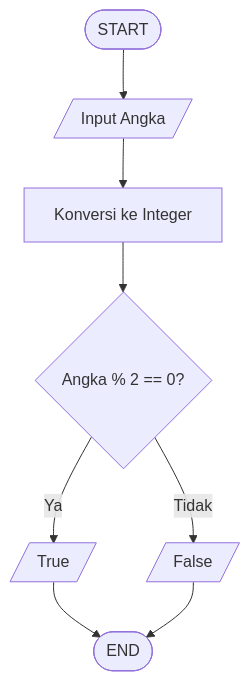
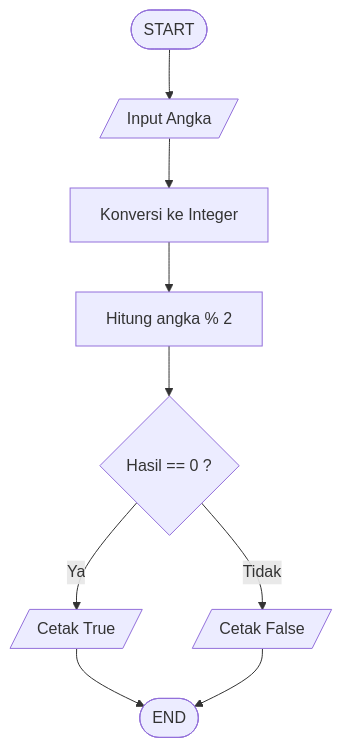
Diagram 13 of 13 in README.md (kaIhsan/Flowchart), drawn with Mermaid before and after one commit. The commit also changed other lines of this file, not shown here.

Commit message:
Add flowcharts for Python literals and operators exercises

````diff
--- a/README.md
+++ b/README.md
@@ -1,18 +225,20 @@
 ```mermaid
 flowchart TD
     A([START])
     B[/Input Angka/]
     C[Konversi ke Integer]
-    D{Angka % 2 == 0?}
-    E[/True/]
-    F[/False/]
-    G([END])
+    D[Hitung angka % 2]
+    E{Hasil == 0 ?}
+    F[/Cetak True/]
+    G[/Cetak False/]
+    H([END])
 
     A --> B
     B --> C
     C --> D
-    D -- Ya --> E
-    D -- Tidak --> F
-    E --> G
-    F --> G
+    D --> E
+    E -- Ya --> F
+    E -- Tidak --> G
+    F --> H
+    G --> H
 ```
````
